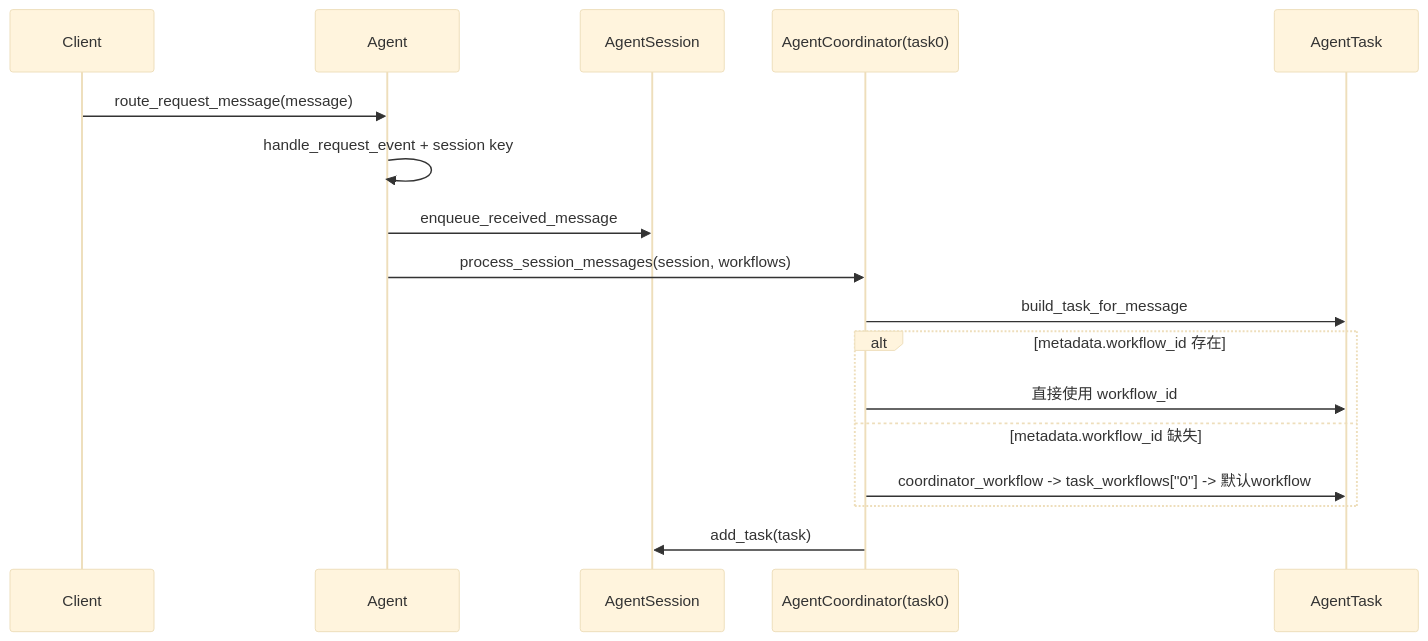
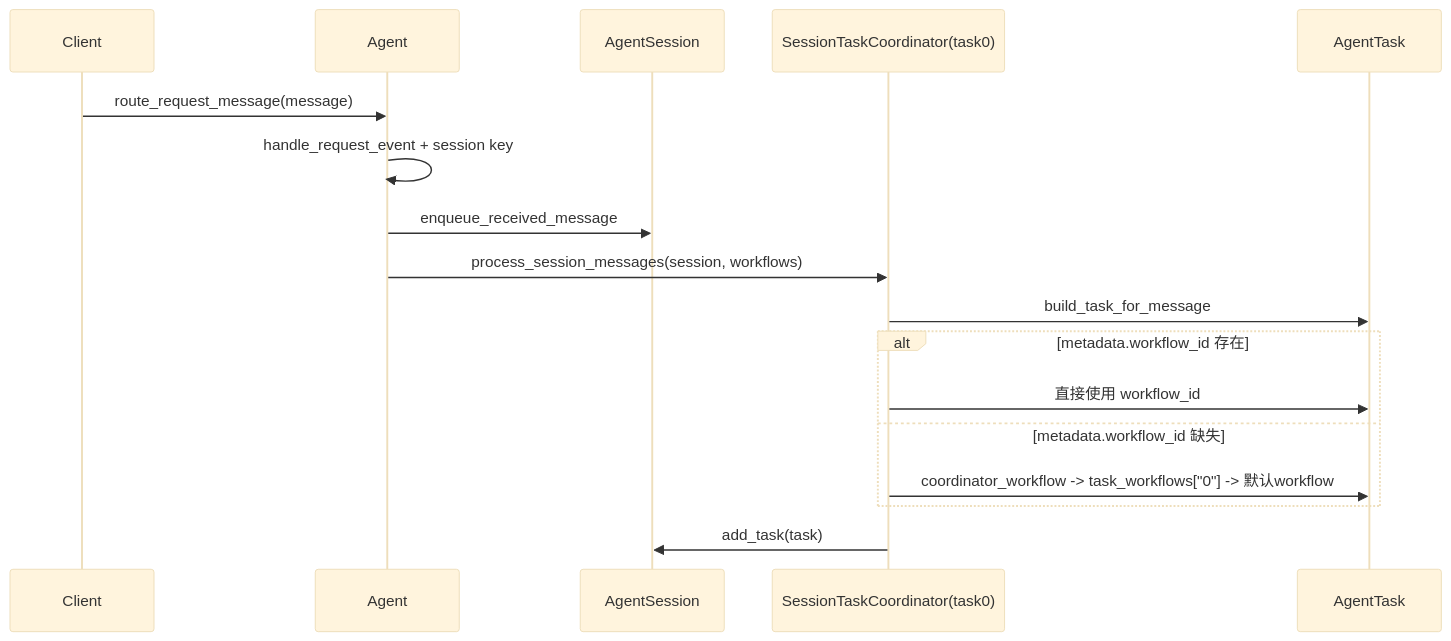
One commit to xyz11274/agentf changed the second of 14 diagrams in docs/ARCHITECTURE.md. Above: the diagram before and after it, drawn with Mermaid (base theme). The commit also changed other lines of this file and 25 other files, not shown here.

````diff
--- a/docs/ARCHITECTURE.md
+++ b/docs/ARCHITECTURE.md
@@ -86,20 +86,20 @@
 ```mermaid
 sequenceDiagram
     participant C as Client
     participant A as Agent
     participant S as AgentSession
-    participant CO as AgentCoordinator(task0)
+    participant CO as SessionTaskCoordinator(task0)
     participant T as AgentTask
 
     C->>A: route_request_message(message)
     A->>A: handle_request_event + session key
     A->>S: enqueue_received_message
     A->>CO: process_session_messages(session, workflows)
     CO->>T: build_task_for_message
     alt metadata.workflow_id 存在
       CO->>T: 直接使用 workflow_id
     else metadata.workflow_id 缺失
       CO->>T: coordinator_workflow -> task_workflows["0"] -> 默认workflow
     end
     CO->>S: add_task(task)
 ```
````
